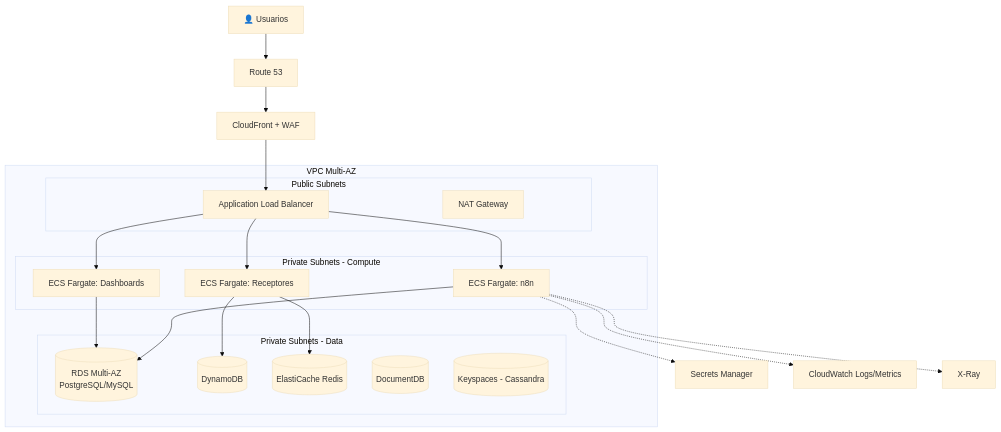
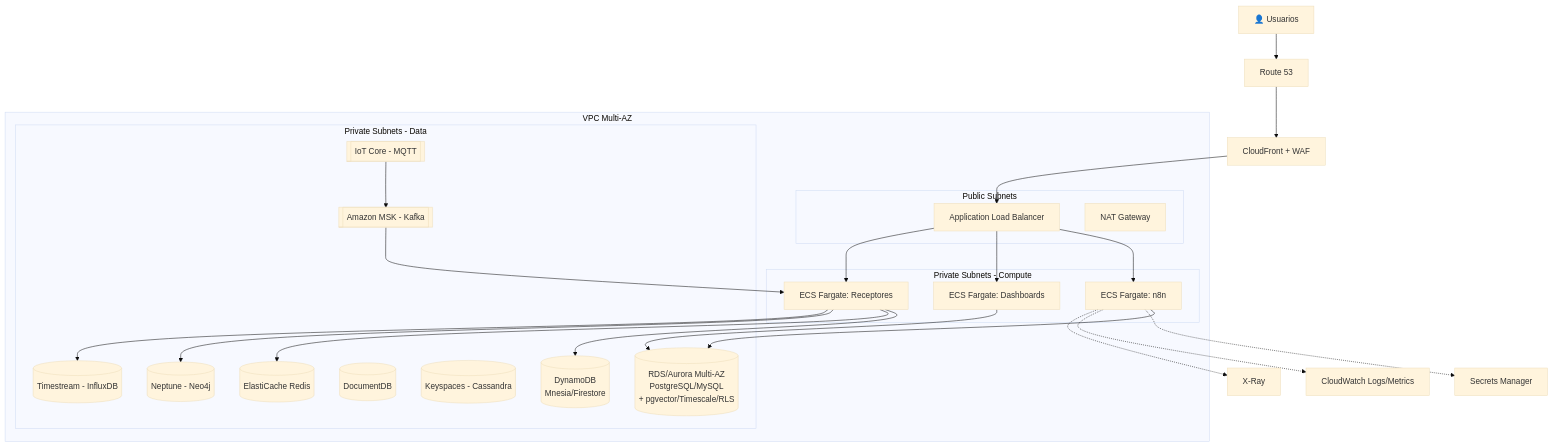
One commit to vladimiracunadev-create/social-bot-scheduler changed the second of 7 diagrams in docs/AWS_MIGRATION.md. Above: the diagram before and after it, drawn with Mermaid (base theme). The commit also changed other lines of this file and 1 other file, not shown here.

````diff
--- a/docs/AWS_MIGRATION.md
+++ b/docs/AWS_MIGRATION.md
@@ -65,36 +65,43 @@
 ```mermaid
 graph TB
     U[👤 Usuarios] --> R53[Route 53]
     R53 --> CF[CloudFront + WAF]
     CF --> ALB[Application Load Balancer]
 
     subgraph "VPC Multi-AZ"
         subgraph "Public Subnets"
             ALB
             NAT[NAT Gateway]
         end
         subgraph "Private Subnets - Compute"
             ECS1[ECS Fargate: n8n]
             ECS2[ECS Fargate: Dashboards]
             ECS3[ECS Fargate: Receptores]
         end
         subgraph "Private Subnets - Data"
-            RDS[(RDS Multi-AZ<br/>PostgreSQL/MySQL)]
-            DDB[(DynamoDB)]
+            RDS[(RDS/Aurora Multi-AZ<br/>PostgreSQL/MySQL<br/>+ pgvector/Timescale/RLS)]
+            DDB[(DynamoDB<br/>Mnesia/Firestore)]
             REDIS[(ElastiCache Redis)]
             DOCDB[(DocumentDB)]
             KEYS[(Keyspaces - Cassandra)]
+            NEP[(Neptune - Neo4j)]
+            TS[(Timestream - InfluxDB)]
+            MSK[[Amazon MSK - Kafka]]
+            IOT[[IoT Core - MQTT]]
         end
         ALB --> ECS1
         ALB --> ECS2
         ALB --> ECS3
         ECS1 --> RDS
         ECS2 --> RDS
         ECS3 --> DDB
         ECS3 --> REDIS
+        ECS3 --> NEP
+        ECS3 --> TS
+        IOT --> MSK --> ECS3
     end
 
     ECS1 -.-> SM[Secrets Manager]
     ECS1 -.-> CW[CloudWatch Logs/Metrics]
     ECS1 -.-> XR[X-Ray]
 ```
````
